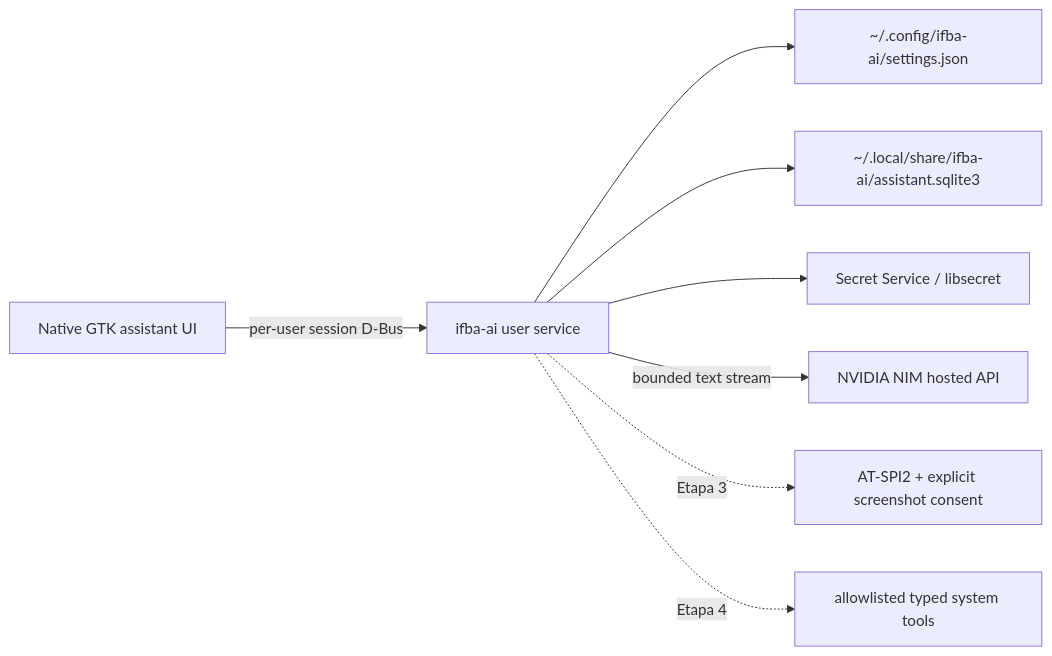
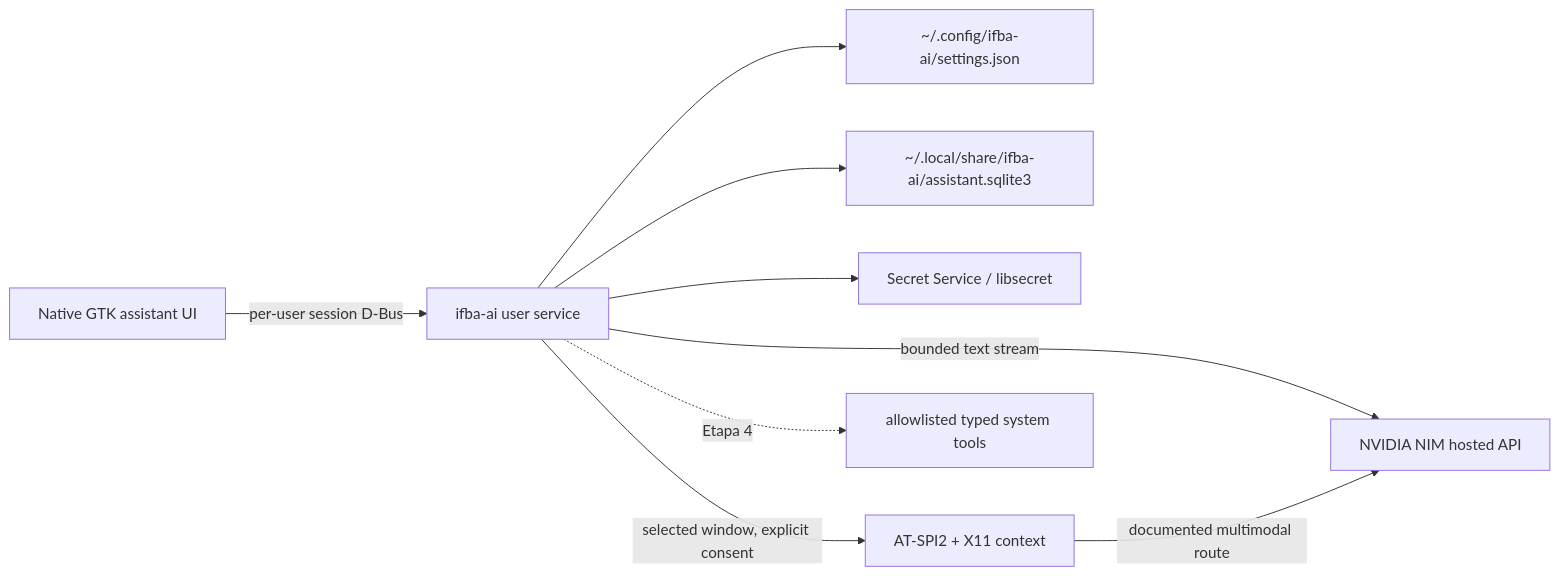
The diagram in docs/ARCHITECTURE.md (Nardoalm/IFBA-OS), drawn with Mermaid before and after one commit. The commit also changed other lines of this file and 18 other files, not shown here.

First line of the commit message:
feat(ai): add consent-based visual guidance

````diff
--- a/docs/ARCHITECTURE.md
+++ b/docs/ARCHITECTURE.md
@@ -9,10 +9,11 @@
 ```mermaid
 flowchart LR
   GTK[Native GTK assistant UI] -->|per-user session D-Bus| Daemon[ifba-ai user service]
   Daemon --> Settings[~/.config/ifba-ai/settings.json]
   Daemon --> SQLite[~/.local/share/ifba-ai/assistant.sqlite3]
   Daemon --> Secret[Secret Service / libsecret]
   Daemon -->|bounded text stream| NVIDIA[NVIDIA NIM hosted API]
-  Daemon -. Etapa 3 .-> Visual[AT-SPI2 + explicit screenshot consent]
+  Daemon -->|selected window, explicit consent| Visual[AT-SPI2 + X11 context]
+  Visual -->|documented multimodal route| NVIDIA
   Daemon -. Etapa 4 .-> Tools[allowlisted typed system tools]
 ```
````
